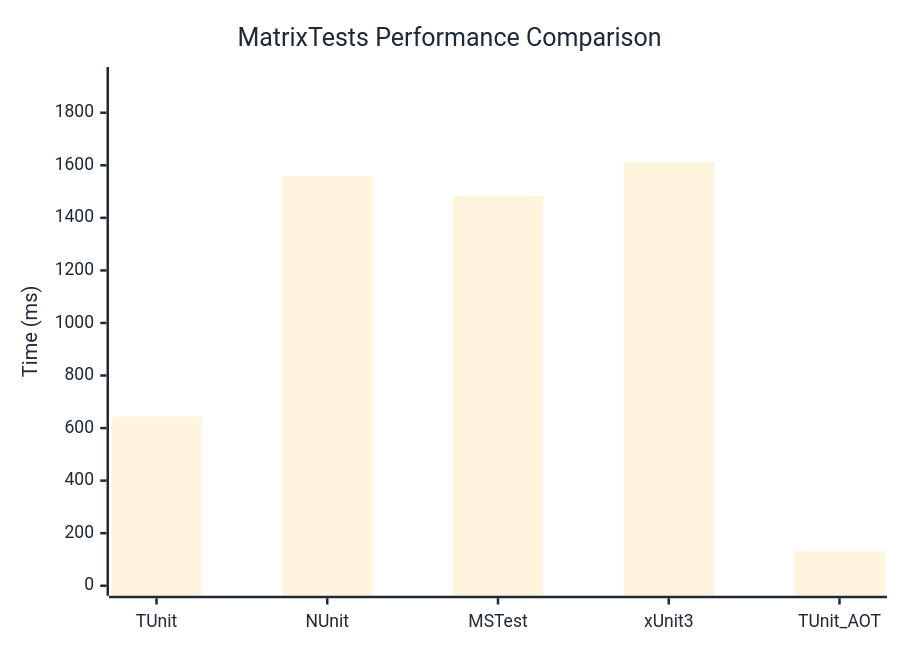
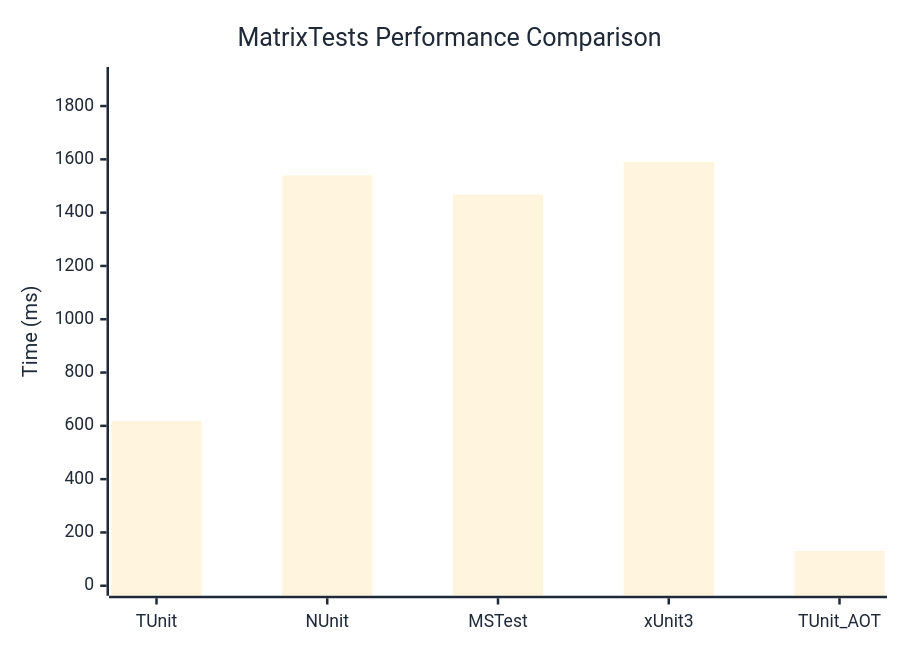
The diagram in docs/docs/benchmarks/MatrixTests.md (thomhurst/TUnit), drawn with Mermaid before and after one commit. The commit also changed other lines of this file and 17 other files, not shown here.

````diff
--- a/docs/docs/benchmarks/MatrixTests.md
+++ b/docs/docs/benchmarks/MatrixTests.md
@@ -27,37 +27,37 @@
 ```mermaid
 %%{init: {
   'theme':'base',
   'themeVariables': {
     'primaryColor': '#2563eb',
     'primaryTextColor': '#1f2937',
     'primaryBorderColor': '#1e40af',
     'lineColor': '#6b7280',
     'secondaryColor': '#7c3aed',
     'tertiaryColor': '#dc2626',
     'background': '#ffffff',
     'mainBkg': '#2563eb',
     'secondBkg': '#7c3aed',
     'tertiaryBkg': '#dc2626',
     'clusterBkg': '#f3f4f6',
     'edgeLabelBackground': '#ffffff',
     'tertiaryTextColor': '#1f2937',
     'pie1': '#2563eb',
     'pie2': '#7c3aed',
     'pie3': '#dc2626',
     'pie4': '#f59e0b',
     'pie5': '#10b981',
     'pie6': '#06b6d4',
     'pie7': '#ec4899',
     'pie8': '#6366f1',
     'pie9': '#84cc16',
     'pie10': '#f97316',
     'pie11': '#14b8a6',
     'pie12': '#a855f7'
   }
 }}%%
 xychart-beta
   title "MatrixTests Performance Comparison"
   x-axis ["TUnit", "NUnit", "MSTest", "xUnit3", "TUnit_AOT"]
-  y-axis "Time (ms)" 0 --> 1936
-  bar [644, 1559.7, 1483.4, 1612.8, 131]
+  y-axis "Time (ms)" 0 --> 1909
+  bar [618.9, 1540.1, 1467.8, 1590.2, 130.3]
 ```
````
